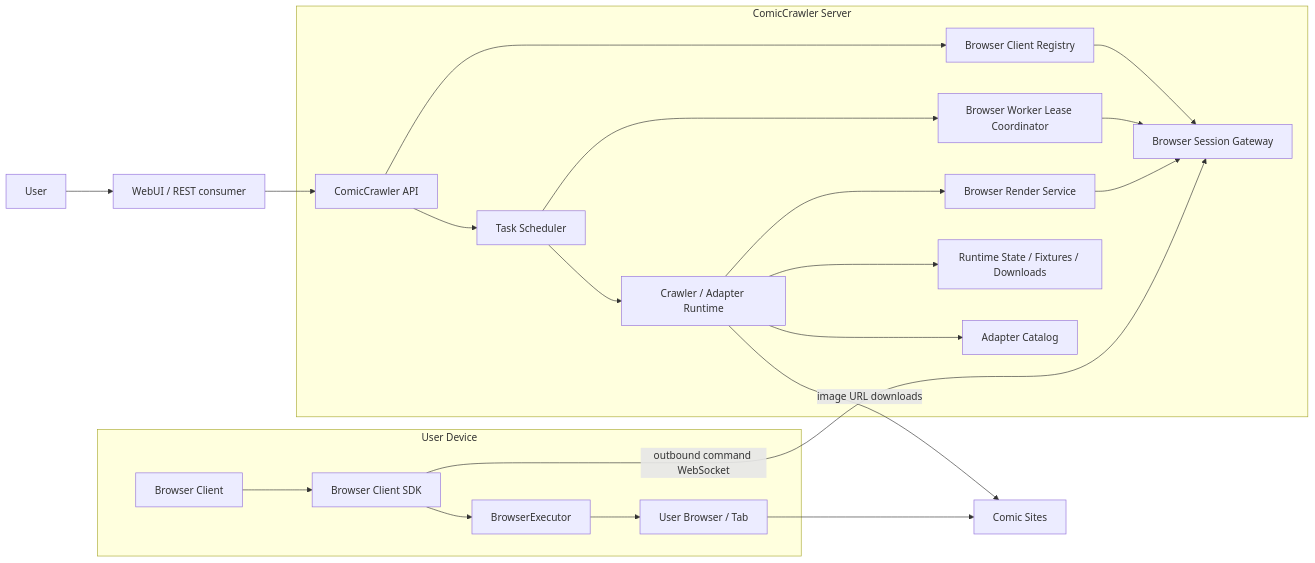
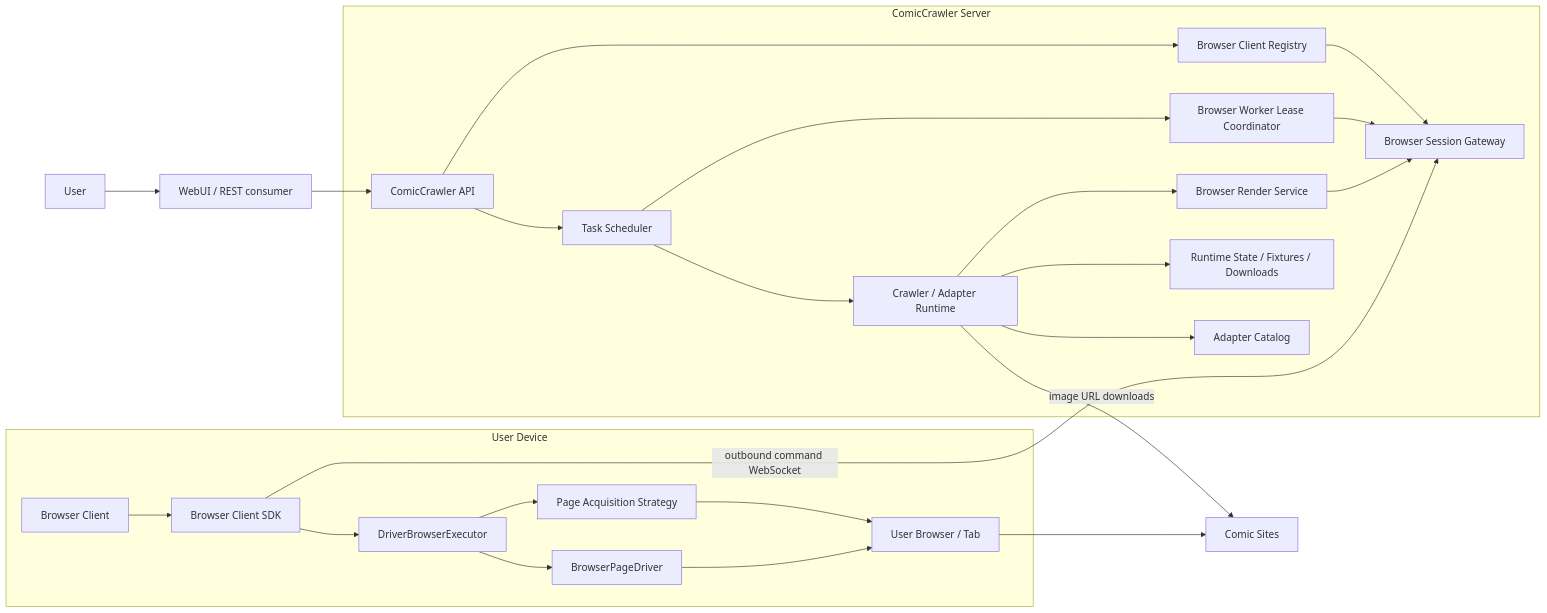
The first of 5 diagrams in docs/development/SDD.md (luberserker0v0/comic-crawler), drawn with Mermaid before and after one commit. The commit also changed other lines of this file and 36 other files, not shown here.

````diff
--- a/docs/development/SDD.md
+++ b/docs/development/SDD.md
@@ -5,32 +5,35 @@
 ```mermaid
 flowchart LR
   User[User] --> UI[WebUI / REST consumer]
   UI --> API[ComicCrawler API]
 
   subgraph Server[ComicCrawler Server]
     API --> Scheduler[Task Scheduler]
     Scheduler --> Runtime[Crawler / Adapter Runtime]
     API --> Registry[Browser Client Registry]
     Registry --> Gateway[Browser Session Gateway]
     Scheduler --> Lease[Browser Worker Lease Coordinator]
     Lease --> Gateway
     Runtime --> Render[Browser Render Service]
     Render --> Gateway
     Runtime --> Store[Runtime State / Fixtures / Downloads]
     Runtime --> Catalog[Adapter Catalog]
   end
 
   subgraph Device[User Device]
     App[Browser Client]
     SDK[Browser Client SDK]
-    Executor[BrowserExecutor]
+    Executor[DriverBrowserExecutor]
+    Acquisition[Page Acquisition Strategy]
+    Driver[BrowserPageDriver]
     Browser[User Browser / Tab]
     App --> SDK
     SDK --> Executor
-    Executor --> Browser
+    Executor --> Acquisition --> Browser
+    Executor --> Driver --> Browser
   end
 
   SDK -->|outbound command WebSocket| Gateway
   Browser --> Sites[Comic Sites]
   Runtime -->|image URL downloads| Sites
 ```
````
